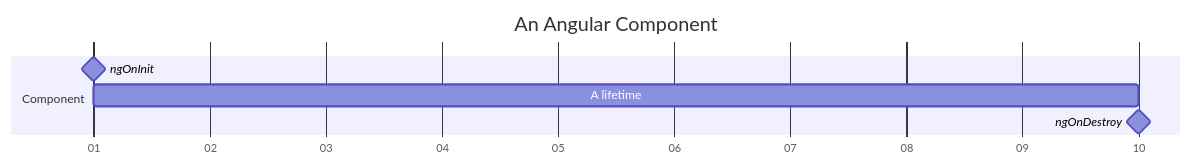
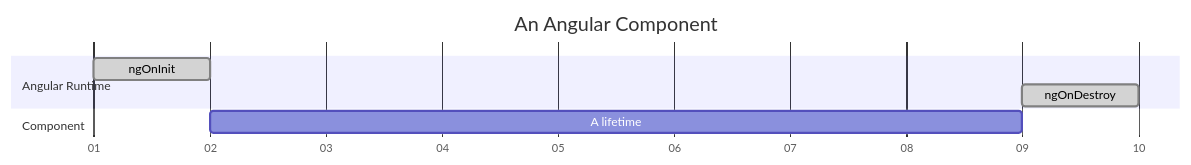
One commit to guryanovev/ng-cycler changed the diagram in README.md. Above: the diagram before and after it, drawn with Mermaid. The commit also changed other lines of this file, not shown here.

````diff
--- a/README.md
+++ b/README.md
@@ -5,9 +5,11 @@
 ```mermaid
 gantt
     title An Angular Component
     axisFormat %d
+    section Angular Runtime
+    ngOnInit     :done, ngOnInit, 2023-01-01, 1d
+    ngOnDestroy  :done, ngOnDestroy, 2023-01-09, 1d
     section Component
-    ngOnInit  :milestone, 2023-01-01, 0d
-    A lifetime           :a1, 2023-01-01, 9d
-    ngOnDestroy  :milestone, 2023-01-10, 0d
+    A lifetime   :a1, 2023-01-02, 7d
+    
 ```
````
